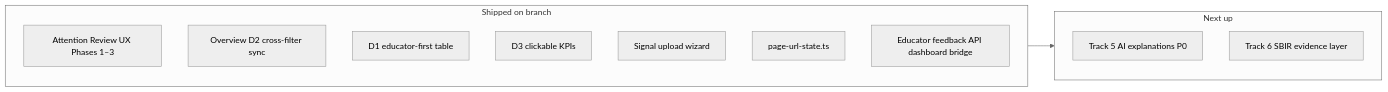
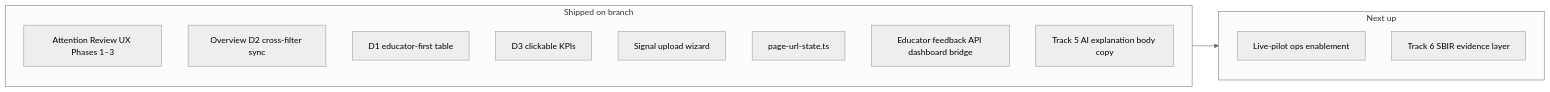
The first of 2 diagrams in .cursor/plans/dashboard_pilot_roadmap_0fa0e18a.plan.md (rhyanvargas/8p3p-control-layer), drawn with Mermaid (neutral theme) before and after one commit. The commit also changed other lines of this file and 22 other files, not shown here.

````diff
--- a/.cursor/plans/dashboard_pilot_roadmap_0fa0e18a.plan.md
+++ b/.cursor/plans/dashboard_pilot_roadmap_0fa0e18a.plan.md
@@ -76,17 +81,18 @@
 ```mermaid
 flowchart LR
   subgraph shipped [Shipped on branch]
     AttReview[Attention Review UX Phases 1–3]
     D2[Overview D2 cross-filter sync]
     D1[D1 educator-first table]
     D3[D3 clickable KPIs]
     Upload[Signal upload wizard]
     URLState[page-url-state.ts]
     FeedbackBridge[Educator feedback API dashboard bridge]
+    AIUI[Track 5 AI explanation body copy]
   end
   subgraph next [Next up]
-    AI[Track 5 AI explanations P0]
+    LIVEOPS[Live-pilot ops enablement]
     SBIR[Track 6 SBIR evidence layer]
   end
   shipped --> next
 ```
````
